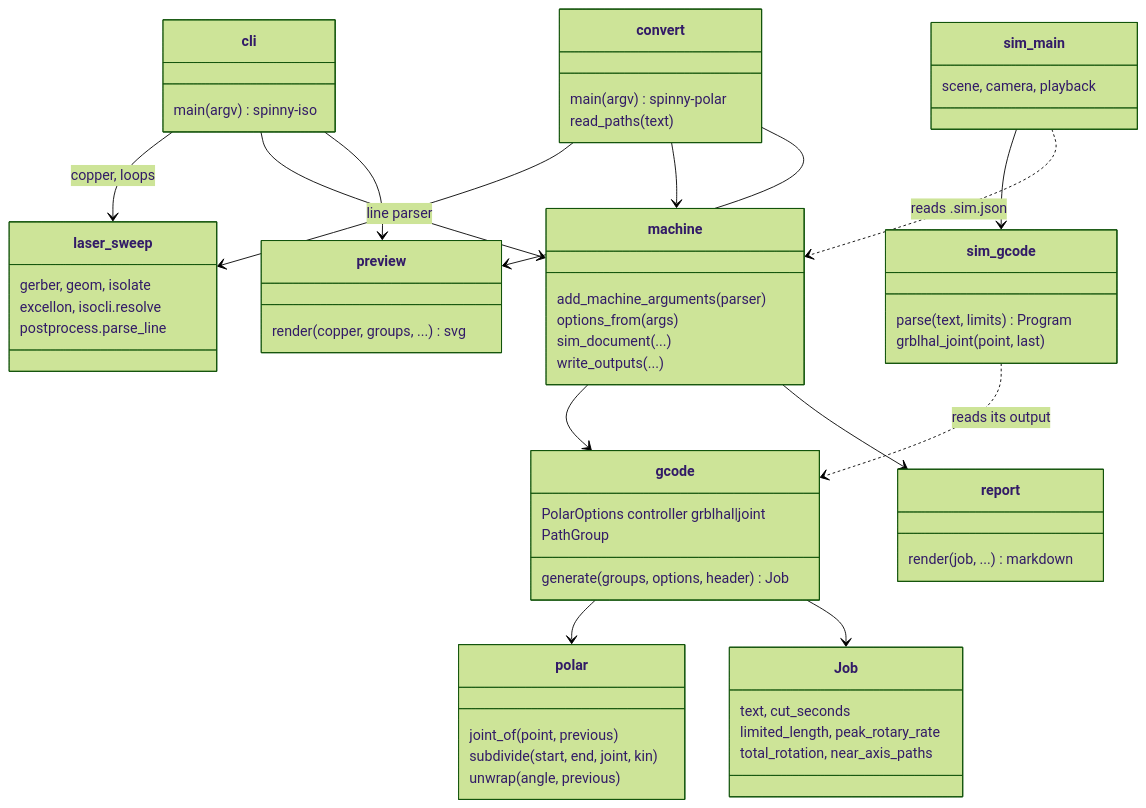
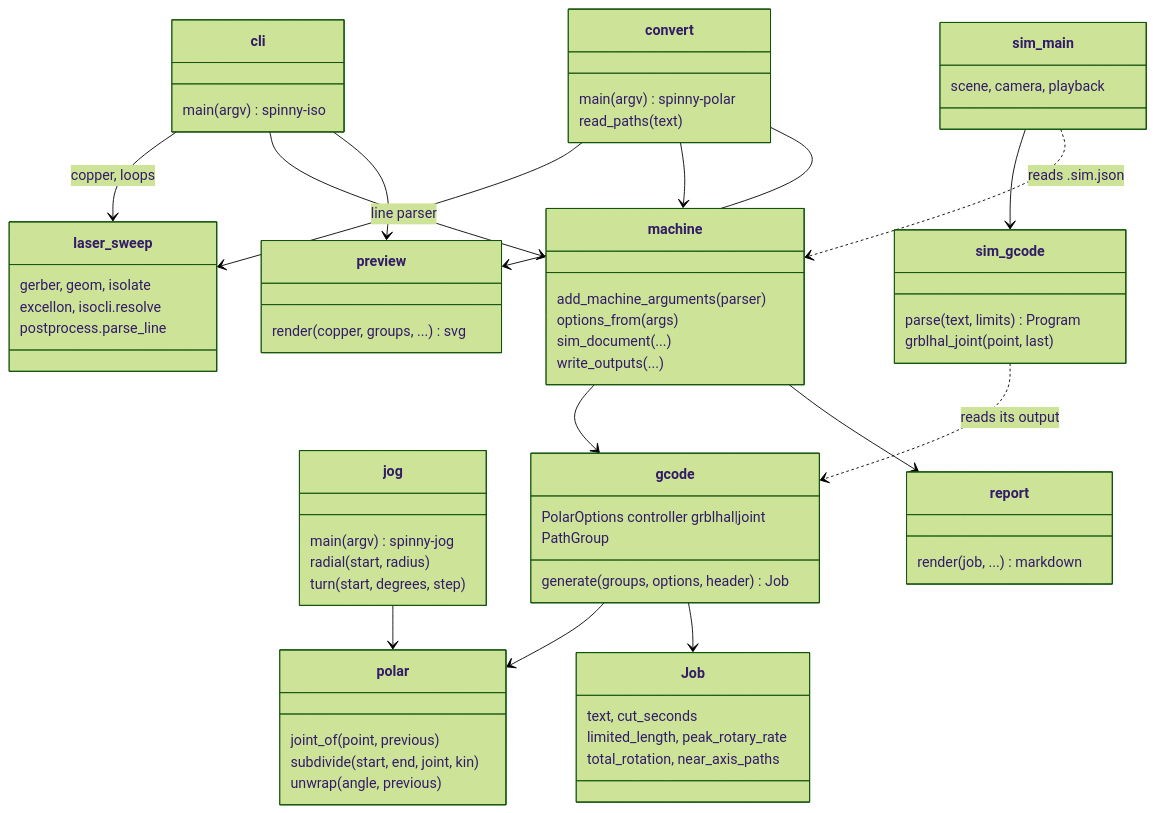
Before and after one commit to tmpk13/spinny-cnc: the diagram in README.md, drawn with Mermaid (forest theme). The commit also changed other lines of this file and 4 other files, not shown here.

First line of the commit message:
Add spinny-jog: setup rapids that move the radius or turn the table alone

````diff
--- a/README.md
+++ b/README.md
@@ -106,63 +123,69 @@
 ```mermaid
 classDiagram
     class cli {
         main(argv)  spinny-iso
     }
     class convert {
         main(argv)  spinny-polar
         read_paths(text)
+    }
+    class jog {
+        main(argv)  spinny-jog
+        radial(start, radius)
+        turn(start, degrees, step)
     }
     class machine {
         add_machine_arguments(parser)
         options_from(args)
         sim_document(...)
         write_outputs(...)
     }
     class polar {
         joint_of(point, previous)
         subdivide(start, end, joint, kin)
         unwrap(angle, previous)
     }
     class gcode {
         PolarOptions  controller grblhal|joint
         PathGroup
         generate(groups, options, header) Job
     }
     class Job {
         text, cut_seconds
         limited_length, peak_rotary_rate
         total_rotation, near_axis_paths
     }
     class preview {
         render(copper, groups, ...) svg
     }
     class report {
         render(job, ...) markdown
     }
     class laser_sweep {
         gerber, geom, isolate
         excellon, isocli.resolve
         postprocess.parse_line
     }
     class sim_gcode {
         parse(text, limits) Program
         grblhal_joint(point, last)
     }
     class sim_main {
         scene, camera, playback
     }
 
     cli --> laser_sweep : copper, loops
     cli --> machine
     convert --> laser_sweep : line parser
     convert --> machine
     machine --> gcode
     machine --> report
     cli --> preview
     convert --> preview
     gcode --> polar
+    jog --> polar
     gcode --> Job
     sim_main --> sim_gcode
     sim_gcode ..> gcode : reads its output
     sim_main ..> machine : reads .sim.json
 ```
````
